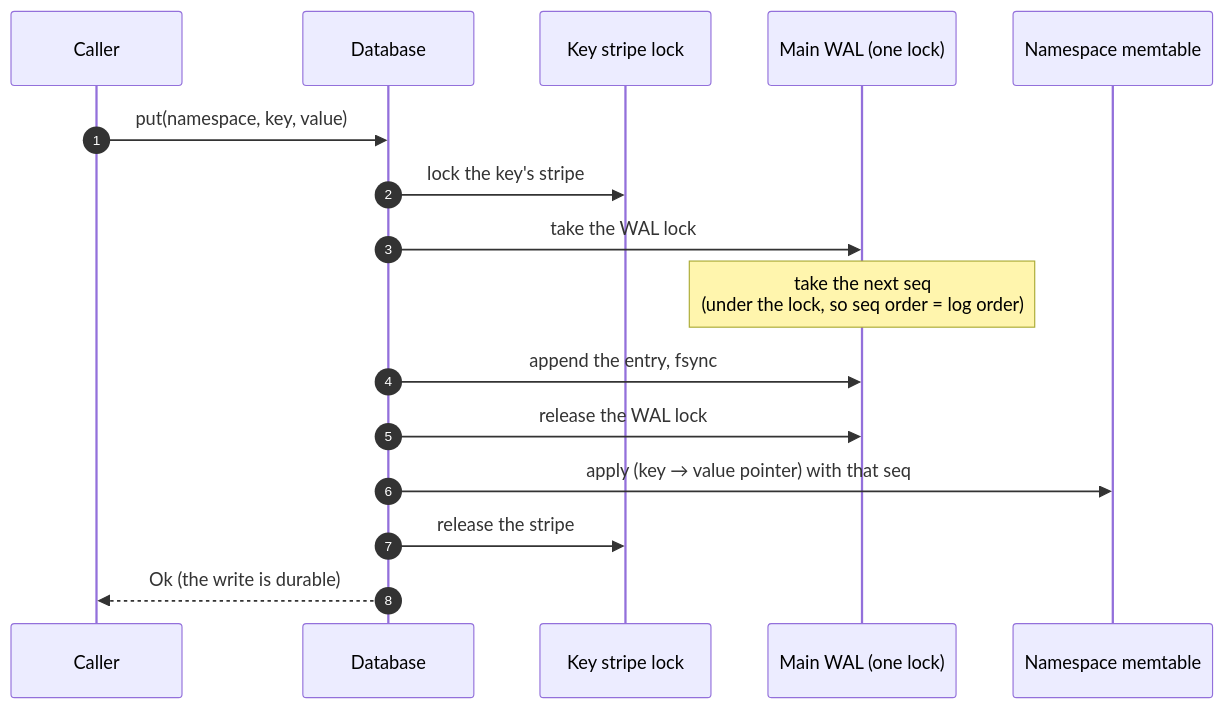
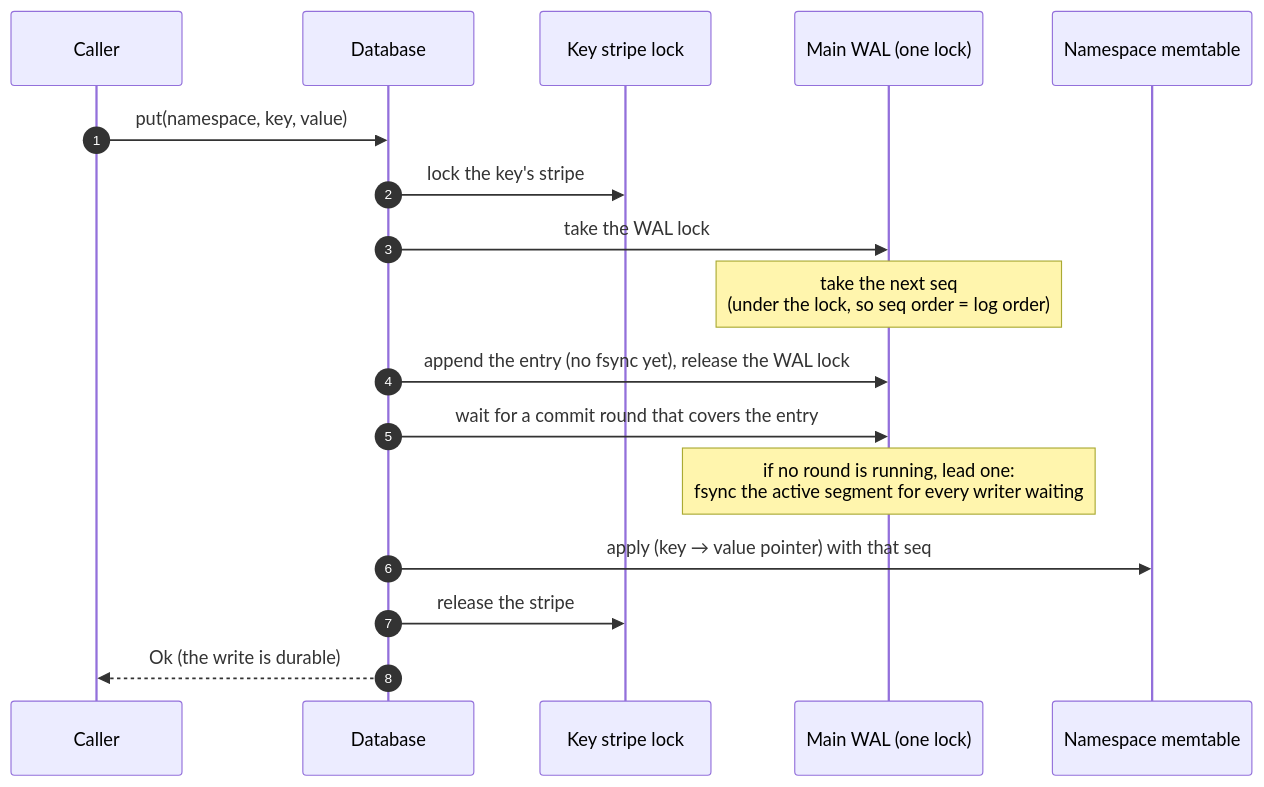
One commit to minnal0021/minnal changed the first of 4 diagrams in minnal_db/README.md. Above: the diagram before and after it, drawn with Mermaid. The commit also changed other lines of this file and 26 other files, not shown here.

First line of the commit message:
db: group commit for the main WAL, optional commit delay, power-loss tests (C)

````diff
--- a/minnal_db/README.md
+++ b/minnal_db/README.md
@@ -307,18 +307,19 @@
 ```mermaid
 sequenceDiagram
     autonumber
     participant C as Caller
     participant D as Database
     participant K as Key stripe lock
     participant W as Main WAL (one lock)
     participant M as Namespace memtable
     C->>D: put(namespace, key, value)
     D->>K: lock the key's stripe
     D->>W: take the WAL lock
     Note over W: take the next seq<br/>(under the lock, so seq order = log order)
-    D->>W: append the entry, fsync
-    D->>W: release the WAL lock
+    D->>W: append the entry (no fsync yet), release the WAL lock
+    D->>W: wait for a commit round that covers the entry
+    Note over W: if no round is running, lead one:<br/>fsync the active segment for every writer waiting
     D->>M: apply (key → value pointer) with that seq
     D->>K: release the stripe
     D-->>C: Ok (the write is durable)
 ```
````
